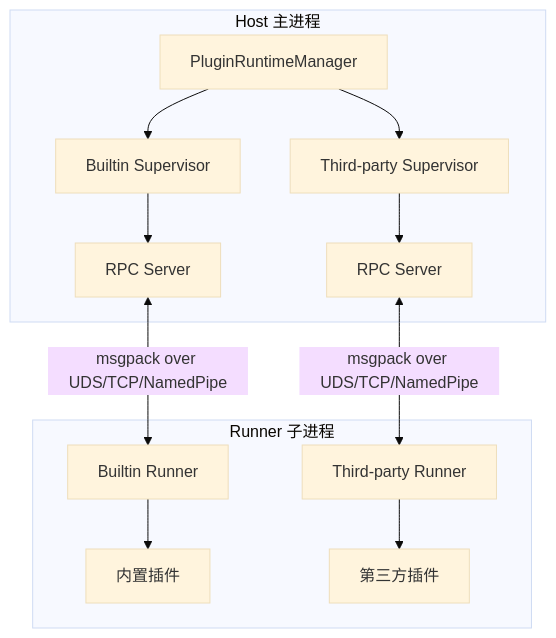
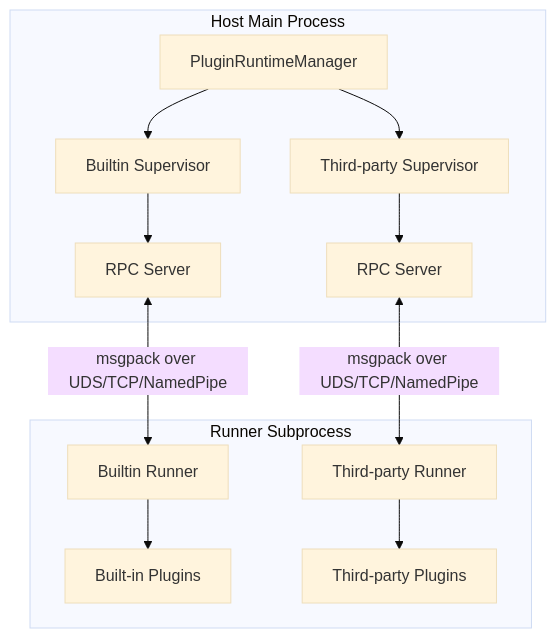
One commit to DrSmoothl/docs changed the diagram in en/plugin/index.md. Above: the diagram before and after it, drawn with Mermaid (base theme). The commit also changed other lines of this file and 29 other files, not shown here.

````diff
--- a/en/plugin/index.md
+++ b/en/plugin/index.md
@@ -9,15 +10,15 @@
 ```mermaid
 graph TD
-    subgraph Host 主进程
+    subgraph Host Main Process
         A[PluginRuntimeManager] --> B[Builtin Supervisor]
         A --> C[Third-party Supervisor]
         B --> D[RPC Server]
         C --> E[RPC Server]
     end
-    subgraph Runner 子进程
-        F[Builtin Runner] --> G[内置插件]
-        H[Third-party Runner] --> I[第三方插件]
+    subgraph Runner Subprocess
+        F[Builtin Runner] --> G[Built-in Plugins]
+        H[Third-party Runner] --> I[Third-party Plugins]
     end
     D <-->|msgpack over UDS/TCP/NamedPipe| F
     E <-->|msgpack over UDS/TCP/NamedPipe| H
 ```
````
